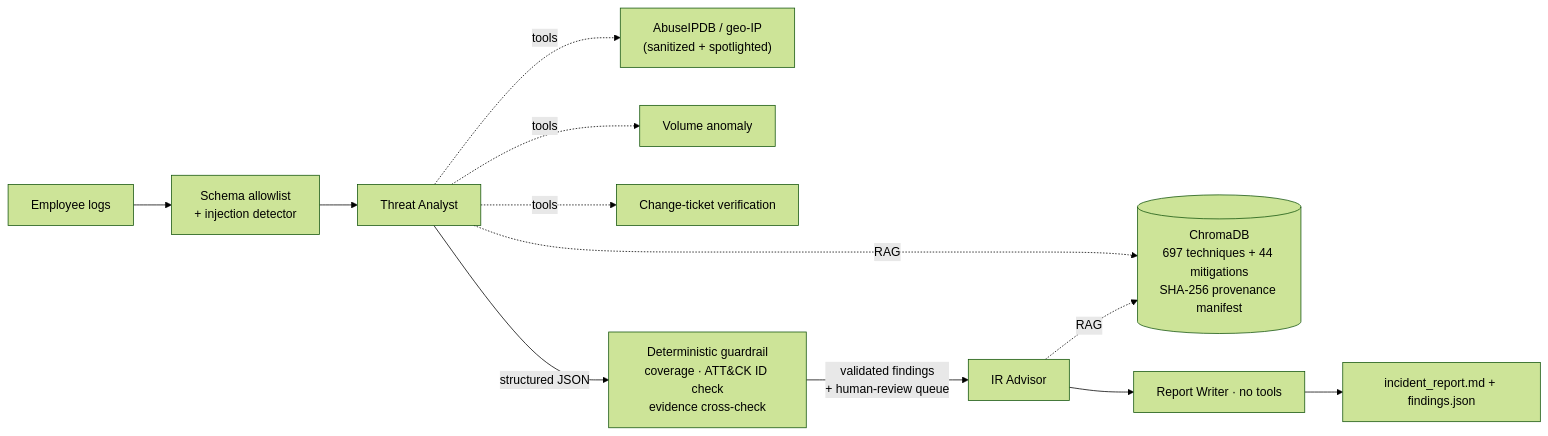
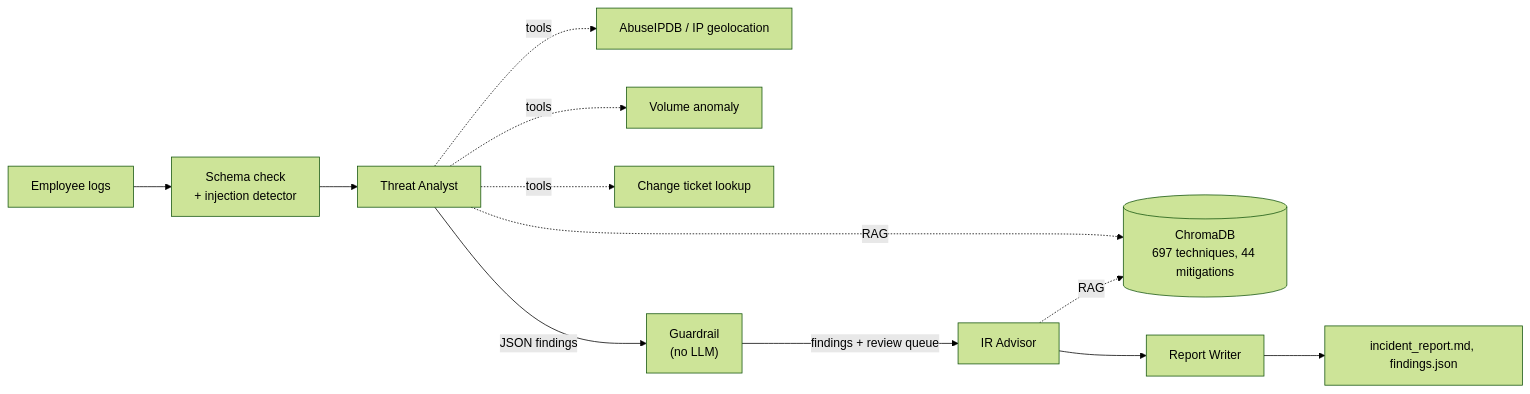
The diagram in README.md (SugamKumar/insider-threat-agent), drawn with Mermaid (forest theme) before and after one commit. The commit also changed other lines of this file and 26 other files, not shown here.

````diff
--- a/README.md
+++ b/README.md
@@ -46,14 +50,14 @@
 ```mermaid
 flowchart LR
-    L[Employee logs] --> S["Schema allowlist<br/>+ injection detector"]
+    L[Employee logs] --> S["Schema check<br/>+ injection detector"]
     S --> A[Threat Analyst]
-    A -. tools .-> T1["AbuseIPDB / geo-IP<br/>(sanitized + spotlighted)"]
+    A -. tools .-> T1["AbuseIPDB / IP geolocation"]
     A -. tools .-> T2[Volume anomaly]
-    A -. tools .-> T3[Change-ticket verification]
-    A -. RAG .-> R[("ChromaDB<br/>697 techniques + 44 mitigations<br/>SHA-256 provenance manifest")]
-    A -->|structured JSON| G["Deterministic guardrail<br/>coverage · ATT&CK ID check<br/>evidence cross-check"]
-    G -->|validated findings<br/>+ human-review queue| I[IR Advisor]
+    A -. tools .-> T3[Change ticket lookup]
+    A -. RAG .-> R[("ChromaDB<br/>697 techniques, 44 mitigations")]
+    A -->|JSON findings| G["Guardrail<br/>(no LLM)"]
+    G -->|findings + review queue| I[IR Advisor]
     I -. RAG .-> R
-    I --> W[Report Writer · no tools]
-    W --> O[incident_report.md + findings.json]
+    I --> W[Report Writer]
+    W --> O[incident_report.md, findings.json]
 ```
````
